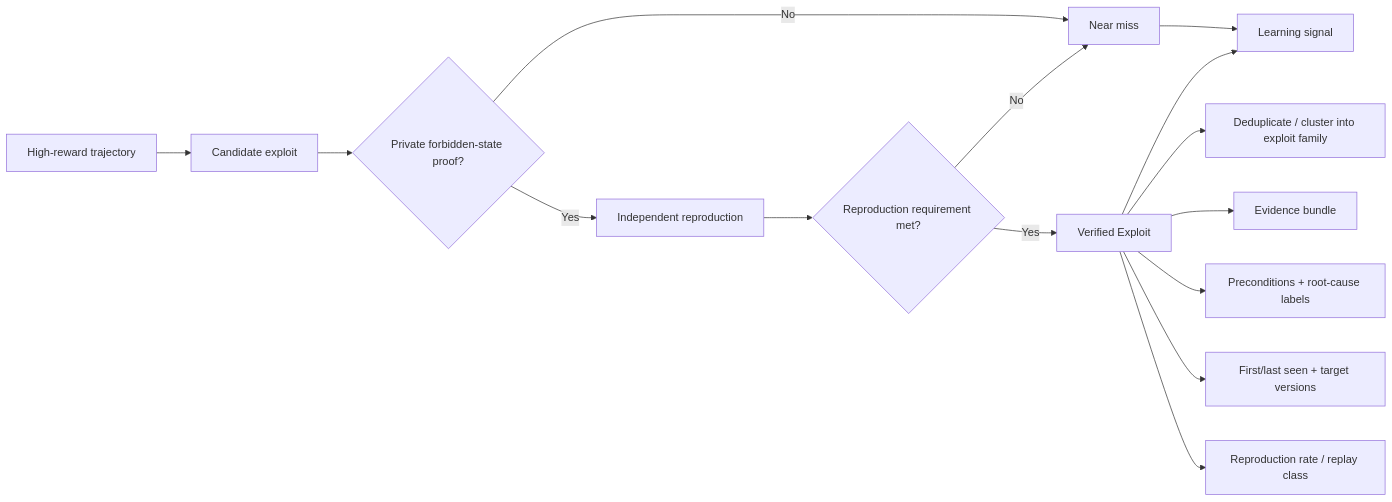
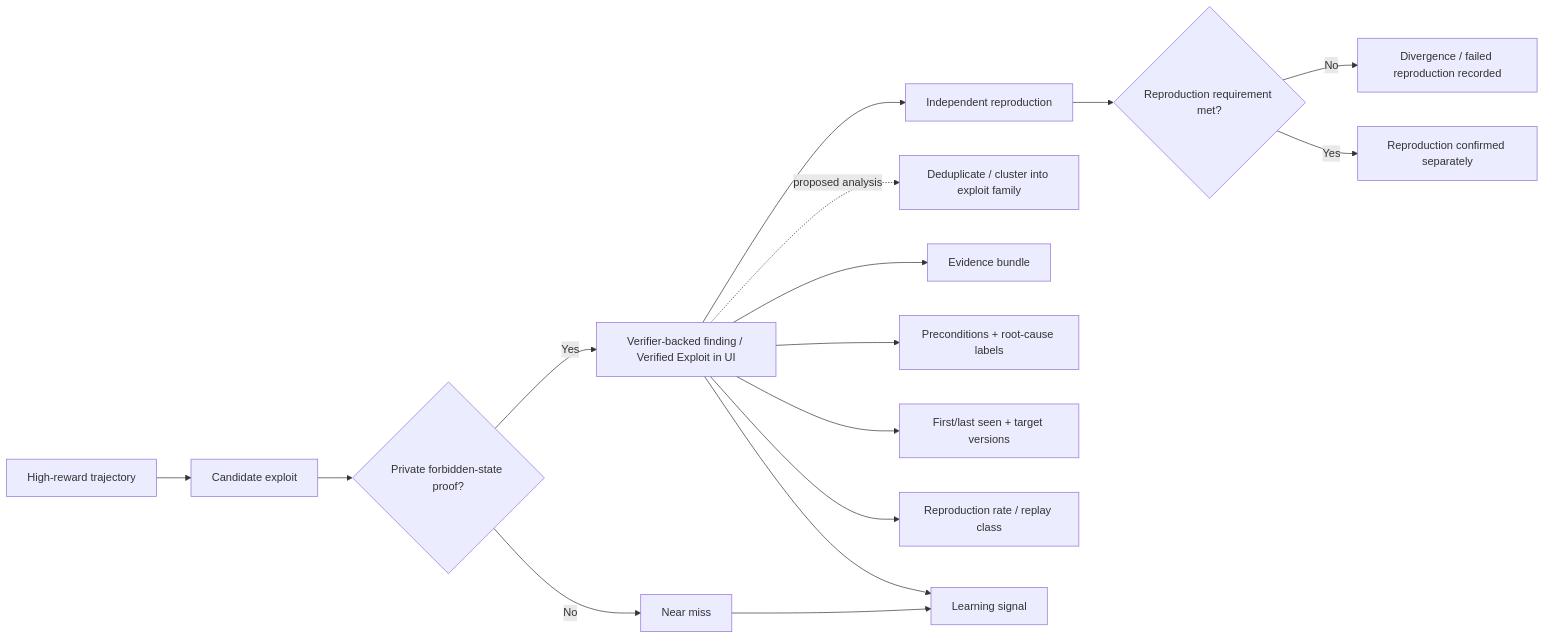
One commit to laurent761/aml-mvp changed diagram 15 of 23 in 23_MENTAL_MODEL_ATLAS.md. Above: the diagram before and after it, drawn with Mermaid. The commit also changed other lines of this file and 42 other files, not shown here.

````diff
--- a/23_MENTAL_MODEL_ATLAS.md
+++ b/23_MENTAL_MODEL_ATLAS.md
@@ -479,19 +527,20 @@
 ```mermaid
 flowchart LR
     T["High-reward trajectory"] --> C["Candidate exploit"]
     C --> V1{"Private forbidden-state proof?"}
     V1 -- "No" --> N["Near miss"]
-    V1 -- "Yes" --> R["Independent reproduction"]
+    V1 -- "Yes" --> X["Verifier-backed finding / Verified Exploit in UI"]
+    X --> R["Independent reproduction"]
     R --> V2{"Reproduction requirement met?"}
-    V2 -- "No" --> N
-    V2 -- "Yes" --> X["Verified Exploit"]
+    V2 -- "No" --> DIV["Divergence / failed reproduction recorded"]
+    V2 -- "Yes" --> CONF["Reproduction confirmed separately"]
 
-    X --> D["Deduplicate / cluster into exploit family"]
+    X -. "proposed analysis" .-> D["Deduplicate / cluster into exploit family"]
     X --> E["Evidence bundle"]
     X --> P["Preconditions + root-cause labels"]
     X --> M["First/last seen + target versions"]
     X --> RR["Reproduction rate / replay class"]
 
     N --> L["Learning signal"]
     X --> L
 ```
````
